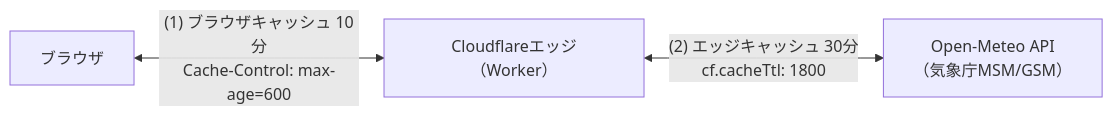
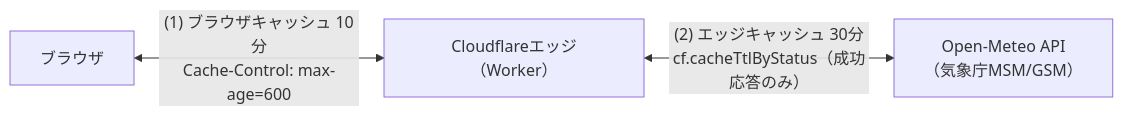
Before and after one commit to 223n/FursuitWeather: the third of 3 diagrams in docs/architecture.md, drawn with Mermaid. The commit also changed other lines of this file and 6 other files, not shown here.

````diff
--- a/docs/architecture.md
+++ b/docs/architecture.md
@@ -276,5 +276,5 @@
 ```mermaid
 flowchart LR
     B[ブラウザ] <-->|"(1) ブラウザキャッシュ 10分<br>Cache-Control: max-age=600"| E["Cloudflareエッジ（Worker）"]
-    E <-->|"(2) エッジキャッシュ 30分<br>cf.cacheTtl: 1800"| O["Open-Meteo API<br>（気象庁MSM/GSM）"]
+    E <-->|"(2) エッジキャッシュ 30分<br>cf.cacheTtlByStatus（成功応答のみ）"| O["Open-Meteo API<br>（気象庁MSM/GSM）"]
 ```
````
